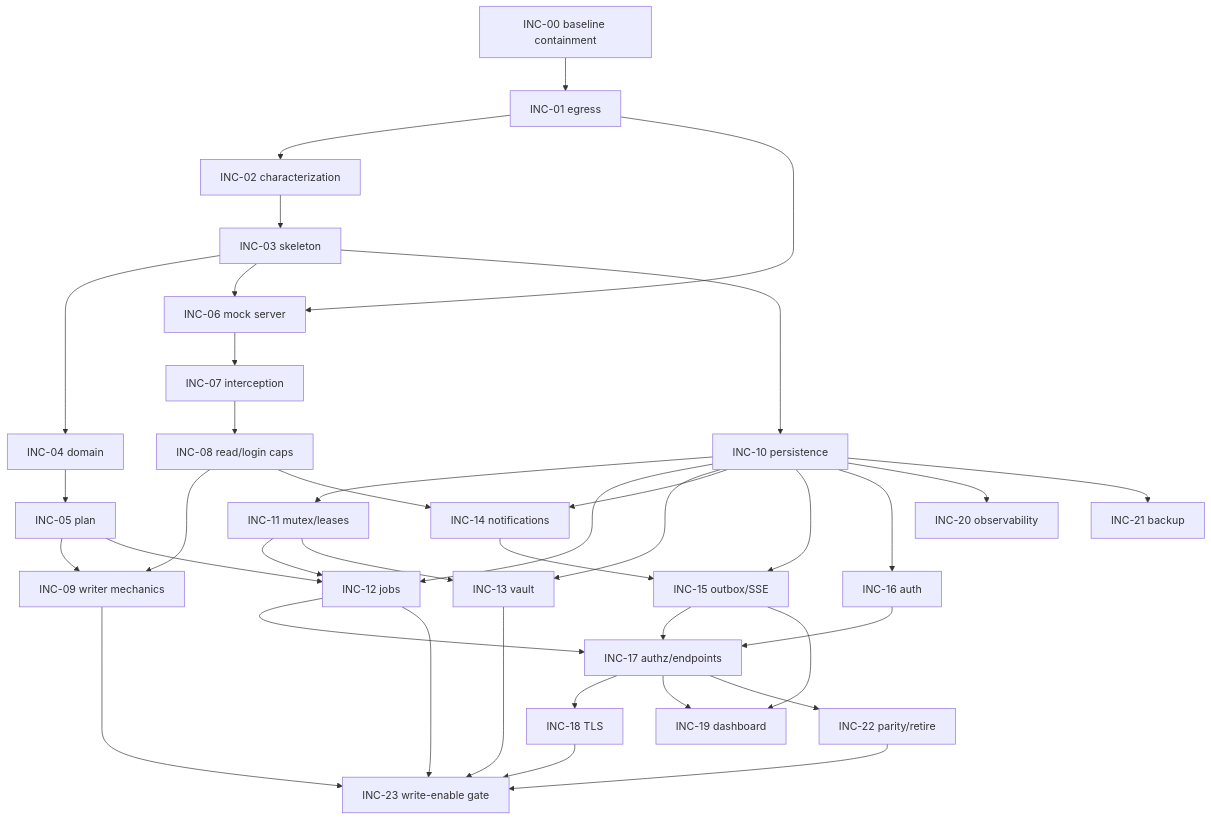
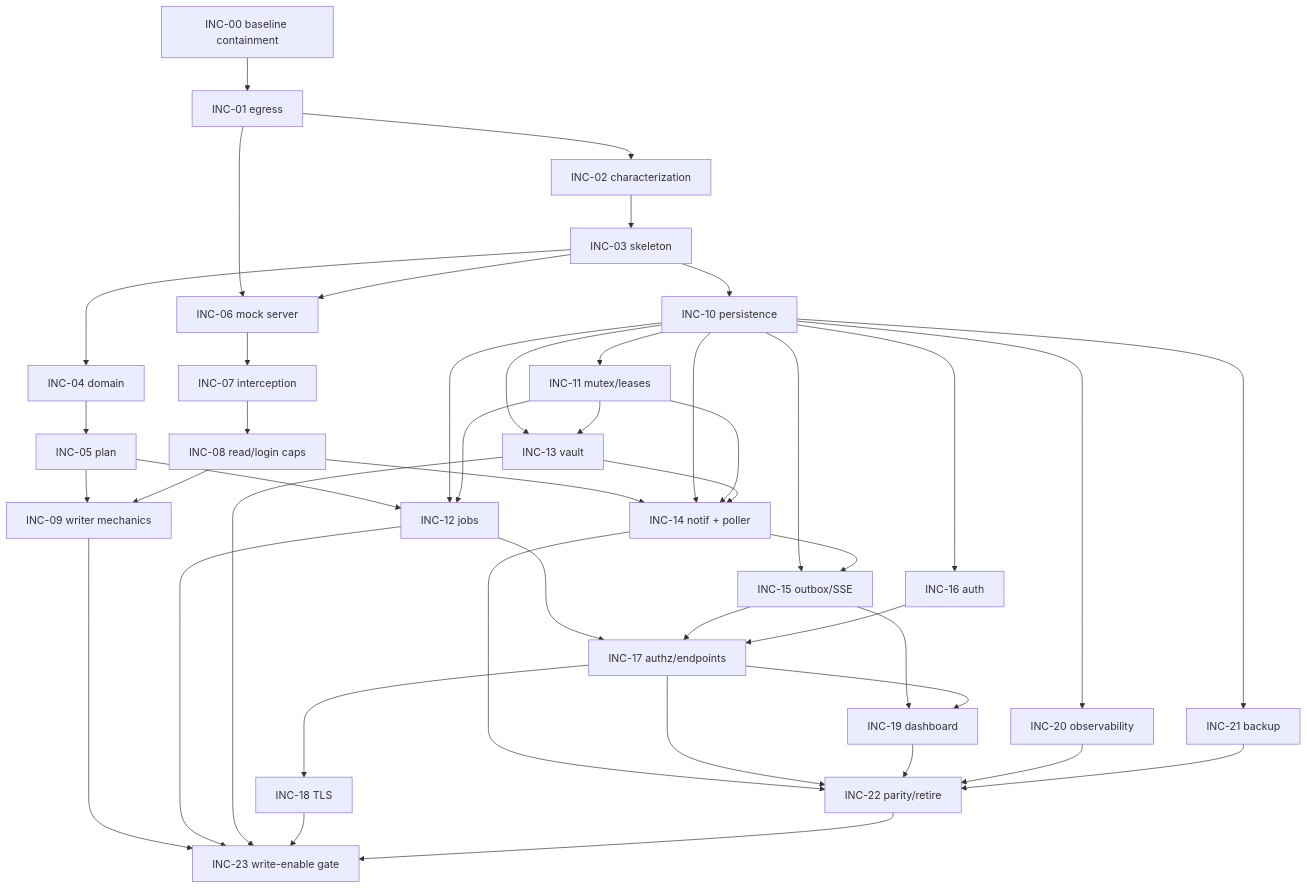
One commit to mohammedkasmii/mcma_agent changed the diagram in docs/implementation/REBUILD_ROADMAP.md. Above: the diagram before and after it, drawn with Mermaid. The commit also changed other lines of this file and 13 other files, not shown here.

````diff
--- a/docs/implementation/REBUILD_ROADMAP.md
+++ b/docs/implementation/REBUILD_ROADMAP.md
@@ -37,40 +72,46 @@
 ```mermaid
 graph TD
   INC00[INC-00 baseline containment] --> INC01[INC-01 egress]
   INC01 --> INC02[INC-02 characterization]
-  INC01 --> INC06[INC-06 mock server]
   INC02 --> INC03[INC-03 skeleton]
   INC03 --> INC04[INC-04 domain]
   INC04 --> INC05[INC-05 plan]
+  INC01 --> INC06[INC-06 mock server]
   INC03 --> INC06
   INC06 --> INC07[INC-07 interception]
   INC07 --> INC08[INC-08 read/login caps]
   INC05 --> INC09[INC-09 writer mechanics]
   INC08 --> INC09
   INC03 --> INC10[INC-10 persistence]
   INC10 --> INC11[INC-11 mutex/leases]
-  INC10 --> INC12[INC-12 jobs]
-  INC05 --> INC12
+  INC05 --> INC12[INC-12 jobs]
+  INC10 --> INC12
   INC11 --> INC12
   INC10 --> INC13[INC-13 vault]
   INC11 --> INC13
-  INC10 --> INC14[INC-14 notifications]
-  INC08 --> INC14
+  INC08 --> INC14[INC-14 notif + poller]
+  INC10 --> INC14
+  INC11 --> INC14
+  INC13 --> INC14
   INC10 --> INC15[INC-15 outbox/SSE]
   INC14 --> INC15
   INC10 --> INC16[INC-16 auth]
-  INC16 --> INC17[INC-17 authz/endpoints]
-  INC12 --> INC17
+  INC12 --> INC17[INC-17 authz/endpoints]
   INC15 --> INC17
+  INC16 --> INC17
   INC17 --> INC18[INC-18 TLS]
   INC15 --> INC19[INC-19 dashboard]
   INC17 --> INC19
   INC10 --> INC20[INC-20 observability]
   INC10 --> INC21[INC-21 backup]
-  INC17 --> INC22[INC-22 parity/retire]
+  INC14 --> INC22[INC-22 parity/retire]
+  INC17 --> INC22
+  INC19 --> INC22
+  INC20 --> INC22
+  INC21 --> INC22
   INC09 --> INC23[INC-23 write-enable gate]
   INC12 --> INC23
   INC13 --> INC23
   INC18 --> INC23
   INC22 --> INC23
 ```
````
